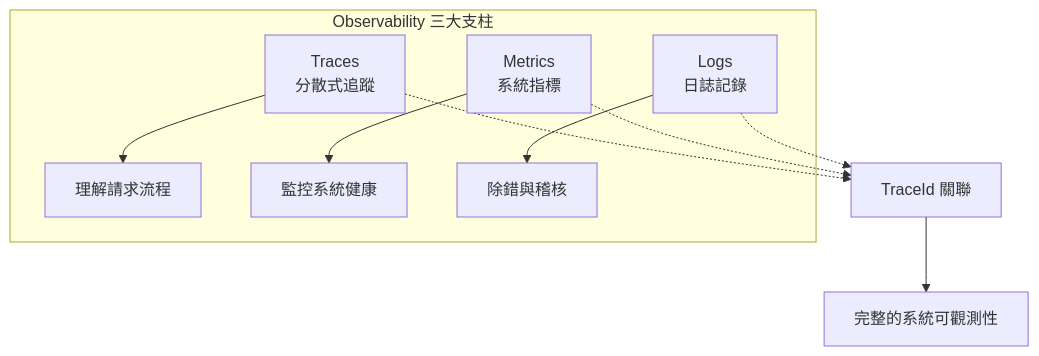
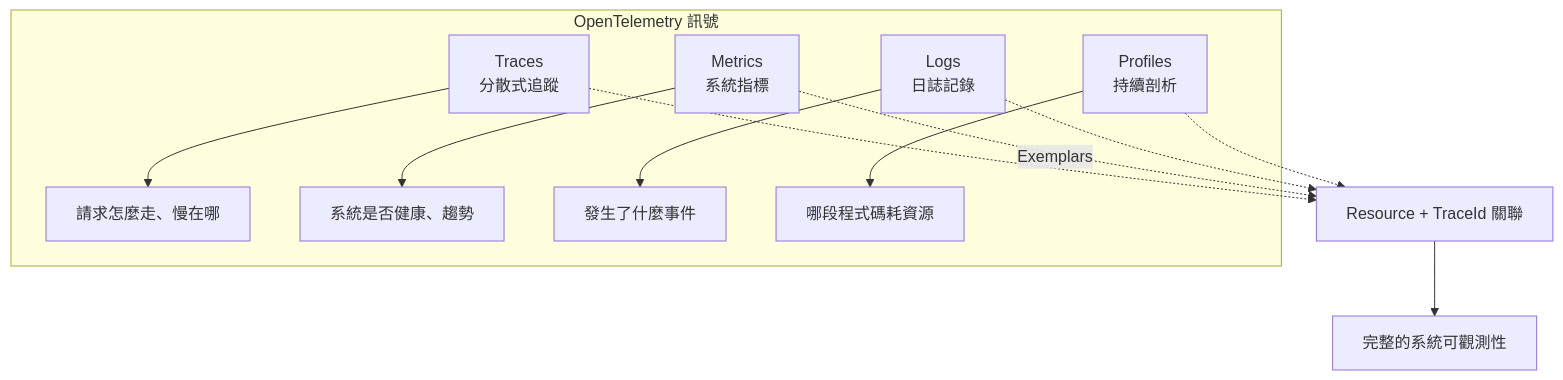
One commit to chihhung/Blog changed the first of 19 diagrams in content/posts/教學/工具/OpenTelemetry教學手冊.md. Above: the diagram before and after it, drawn with Mermaid. The commit also changed other lines of this file and 8 other files, not shown here.

````diff
--- a/content/posts/教學/工具/OpenTelemetry教學手冊.md
+++ b/content/posts/教學/工具/OpenTelemetry教學手冊.md
@@ -137,14 +210,16 @@
 ```mermaid
 graph TB
-    subgraph "Observability 三大支柱"
-        A[Traces<br/>分散式追蹤] --> D[理解請求流程]
-        B[Metrics<br/>系統指標] --> E[監控系統健康]
-        C[Logs<br/>日誌記錄] --> F[除錯與稽核]
+    subgraph "OpenTelemetry 訊號"
+        A[Traces<br/>分散式追蹤] --> D[請求怎麼走、慢在哪]
+        B[Metrics<br/>系統指標] --> E[系統是否健康、趨勢]
+        C[Logs<br/>日誌記錄] --> F[發生了什麼事件]
+        P[Profiles<br/>持續剖析] --> Q[哪段程式碼耗資源]
     end
-    
-    A -.-> G[TraceId 關聯]
-    B -.-> G
+
+    A -.-> G[Resource + TraceId 關聯]
+    B -.->|Exemplars| G
     C -.-> G
-    
+    P -.-> G
+
     G --> H[完整的系統可觀測性]
 ```
````
